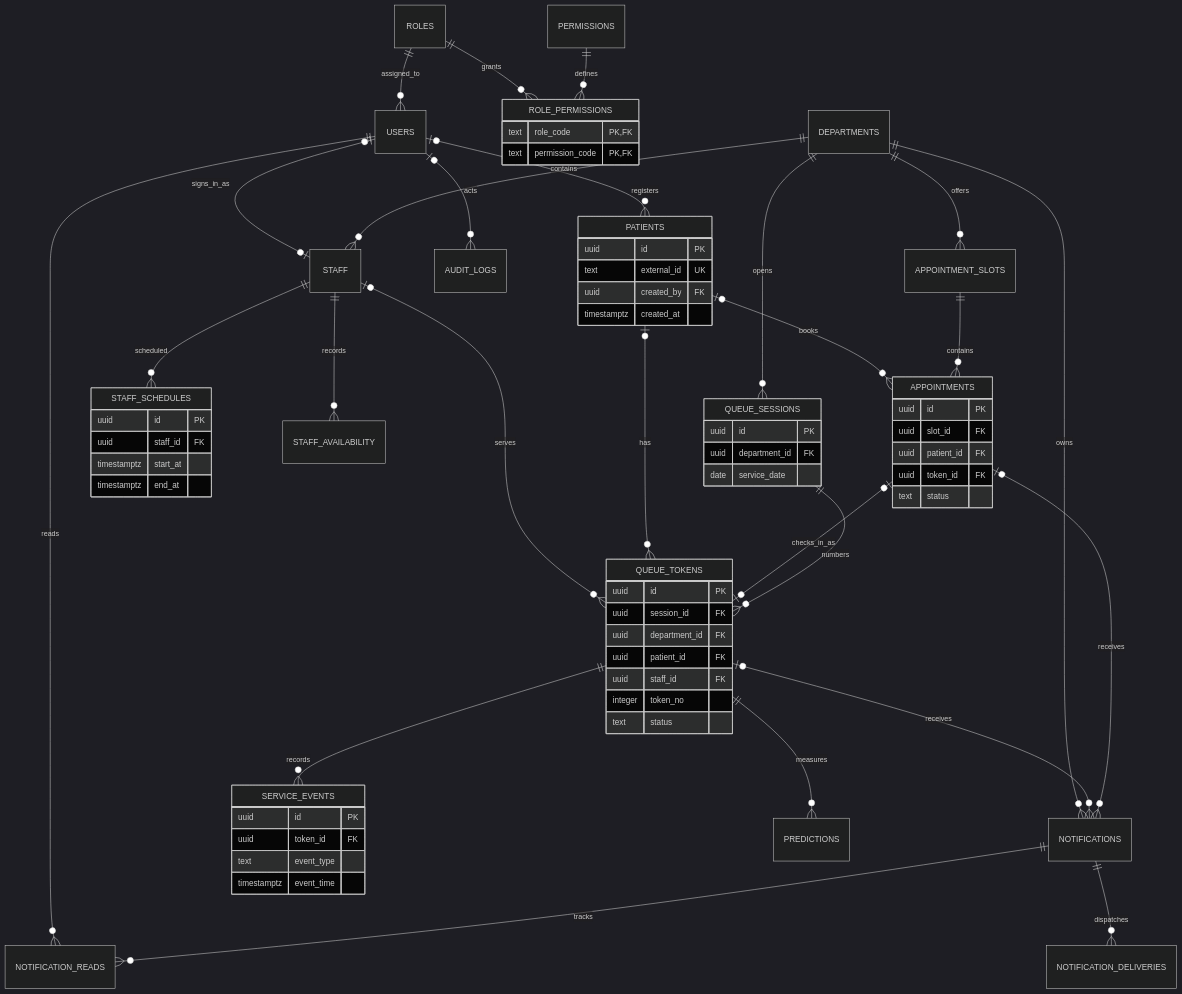
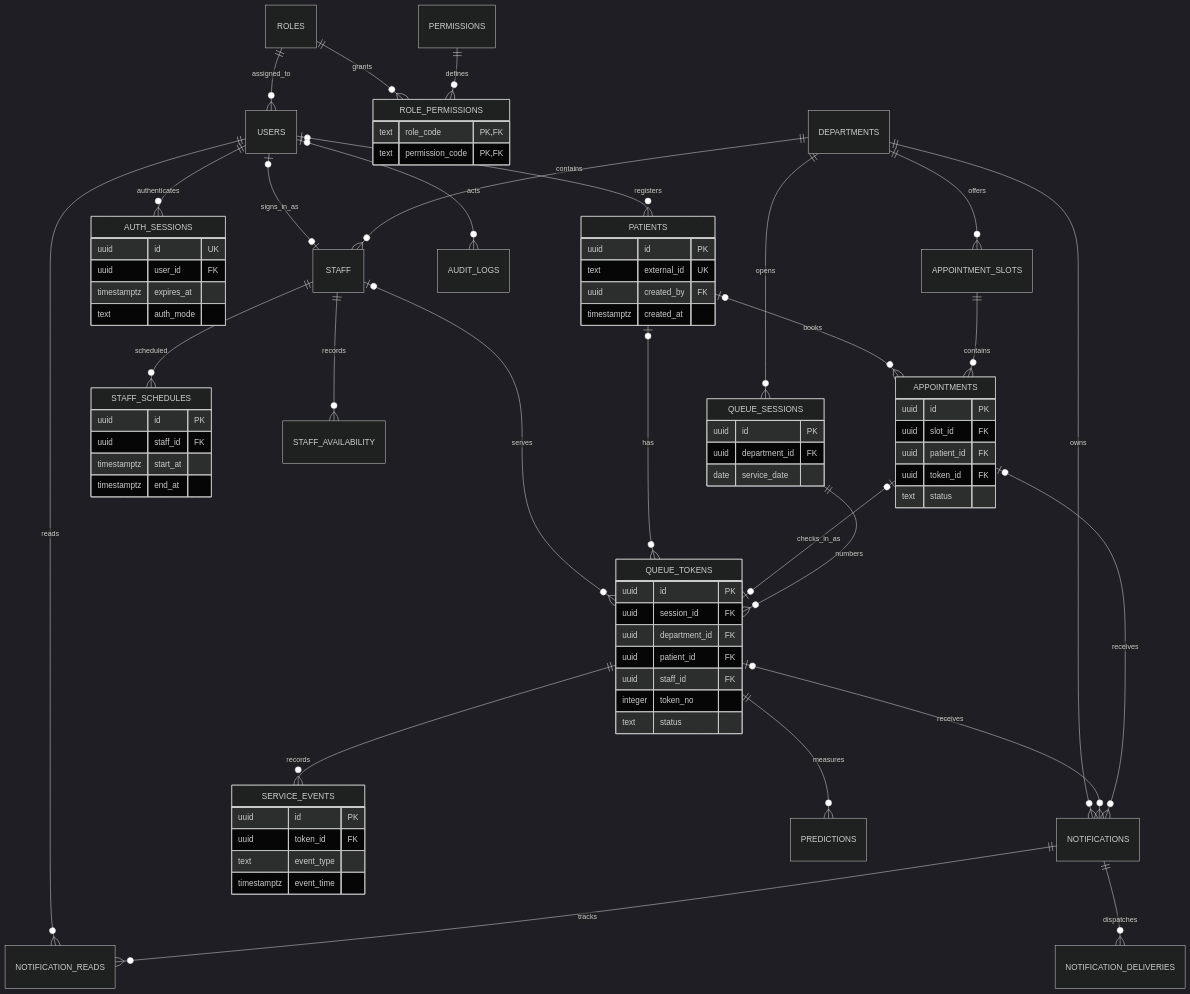
The diagram in docs/DATABASE_DESIGN.md (denusha1/QueueSense), drawn with Mermaid (dark theme) before and after one commit. The commit also changed other lines of this file and 78 other files, not shown here.

````diff
--- a/docs/DATABASE_DESIGN.md
+++ b/docs/DATABASE_DESIGN.md
@@ -7,72 +9,79 @@
 ```mermaid
 erDiagram
     ROLES ||--o{ USERS : assigned_to
     ROLES ||--o{ ROLE_PERMISSIONS : grants
     PERMISSIONS ||--o{ ROLE_PERMISSIONS : defines
     USERS o|--o| STAFF : signs_in_as
+    USERS ||--o{ AUTH_SESSIONS : authenticates
     USERS o|--o{ PATIENTS : registers
     USERS o|--o{ AUDIT_LOGS : acts
     USERS ||--o{ NOTIFICATION_READS : reads
     DEPARTMENTS ||--o{ STAFF : contains
     DEPARTMENTS ||--o{ QUEUE_SESSIONS : opens
     DEPARTMENTS ||--o{ APPOINTMENT_SLOTS : offers
     DEPARTMENTS ||--o{ NOTIFICATIONS : owns
     STAFF ||--o{ STAFF_SCHEDULES : scheduled
     STAFF ||--o{ STAFF_AVAILABILITY : records
     STAFF o|--o{ QUEUE_TOKENS : serves
     PATIENTS o|--o{ QUEUE_TOKENS : has
     PATIENTS o|--o{ APPOINTMENTS : books
     APPOINTMENT_SLOTS ||--o{ APPOINTMENTS : contains
     APPOINTMENTS o|--o| QUEUE_TOKENS : checks_in_as
     QUEUE_SESSIONS ||--o{ QUEUE_TOKENS : numbers
     QUEUE_TOKENS ||--o{ SERVICE_EVENTS : records
     QUEUE_TOKENS ||--o{ PREDICTIONS : measures
     QUEUE_TOKENS o|--o{ NOTIFICATIONS : receives
     APPOINTMENTS o|--o{ NOTIFICATIONS : receives
     NOTIFICATIONS ||--o{ NOTIFICATION_READS : tracks
     NOTIFICATIONS ||--o{ NOTIFICATION_DELIVERIES : dispatches
 
+    AUTH_SESSIONS {
+        uuid id UK
+        uuid user_id FK
+        timestamptz expires_at
+        text auth_mode
+    }
     PATIENTS {
         uuid id PK
         text external_id UK
         uuid created_by FK
         timestamptz created_at
     }
     QUEUE_SESSIONS {
         uuid id PK
         uuid department_id FK
         date service_date
     }
     QUEUE_TOKENS {
         uuid id PK
         uuid session_id FK
         uuid department_id FK
         uuid patient_id FK
         uuid staff_id FK
         integer token_no
         text status
     }
     SERVICE_EVENTS {
         uuid id PK
         uuid token_id FK
         text event_type
         timestamptz event_time
     }
     APPOINTMENTS {
         uuid id PK
         uuid slot_id FK
         uuid patient_id FK
         uuid token_id FK
         text status
     }
     STAFF_SCHEDULES {
         uuid id PK
         uuid staff_id FK
         timestamptz start_at
         timestamptz end_at
     }
     ROLE_PERMISSIONS {
         text role_code PK,FK
         text permission_code PK,FK
     }
 ```
````
